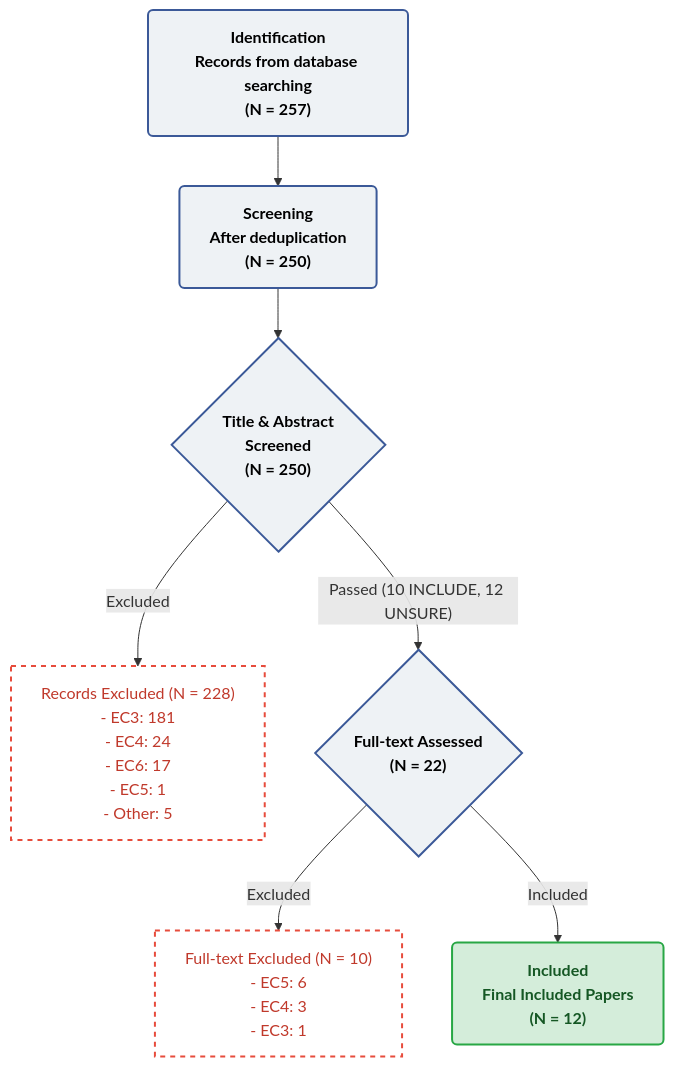
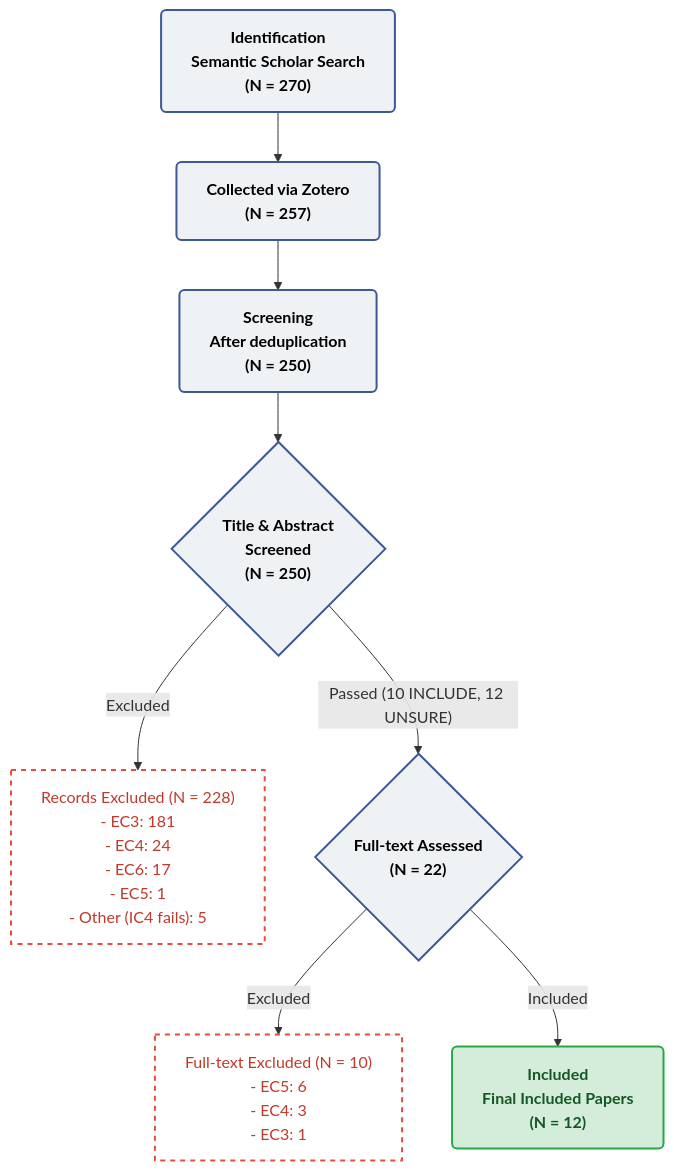
One commit to Khenggg/SE1944_LLM_Unit_Test_Generation changed the diagram in SLR/prisma-flow.md. Above: the diagram before and after it, drawn with Mermaid. The commit also changed 3 other files, not shown here.

````diff
--- a/SLR/prisma-flow.md
+++ b/SLR/prisma-flow.md
@@ -3,19 +3,20 @@
 ```mermaid
 flowchart TD
     %% Define Styles
     classDef mainNode fill:#eef2f5,stroke:#3b5998,stroke-width:2px,color:#000,font-weight:bold,rx:5px,ry:5px;
     classDef subNode fill:#fff,stroke:#e74c3c,stroke-width:2px,color:#c0392b,stroke-dasharray: 5 5;
     classDef resultNode fill:#d4edda,stroke:#28a745,stroke-width:2px,color:#155724,font-weight:bold,rx:5px,ry:5px;
     
-    A["Identification<br/>Records from database searching<br/>(N = 257)"]:::mainNode --> B["Screening<br/>After deduplication<br/>(N = 250)"]:::mainNode
+    A1["Identification<br/>Semantic Scholar Search<br/>(N = 270)"]:::mainNode --> A2["Collected via Zotero<br/>(N = 257)"]:::mainNode
+    A2 --> B["Screening<br/>After deduplication<br/>(N = 250)"]:::mainNode
     
     B --> C{"Title & Abstract<br/>Screened<br/>(N = 250)"}:::mainNode
     
-    C -- Excluded --> D["Records Excluded (N = 228)<br/>- EC3: 181<br/>- EC4: 24<br/>- EC6: 17<br/>- EC5: 1<br/>- Other: 5"]:::subNode
+    C -- Excluded --> D["Records Excluded (N = 228)<br/>- EC3: 181<br/>- EC4: 24<br/>- EC6: 17<br/>- EC5: 1<br/>- Other (IC4 fails): 5"]:::subNode
     
     C -- Passed (10 INCLUDE, 12 UNSURE) --> E{"Full-text Assessed<br/>(N = 22)"}:::mainNode
     
     E -- Excluded --> F["Full-text Excluded (N = 10)<br/>- EC5: 6<br/>- EC4: 3<br/>- EC3: 1"]:::subNode
     
     E -- Included --> G["Included<br/>Final Included Papers<br/>(N = 12)"]:::resultNode
 ```
````
